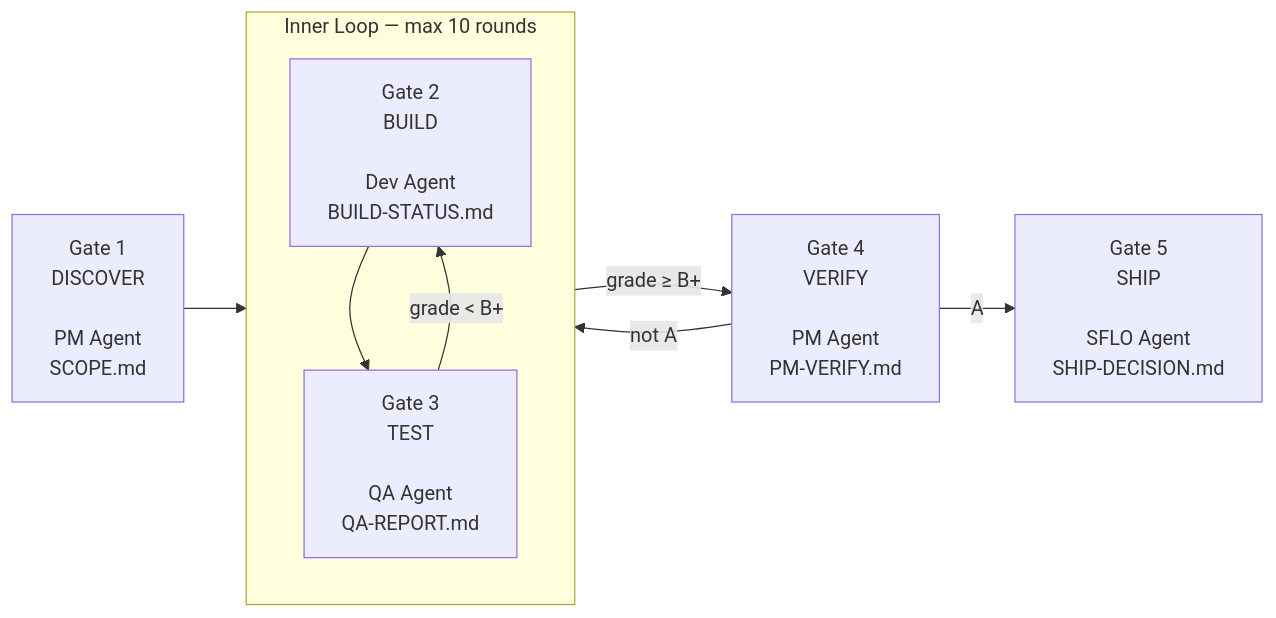
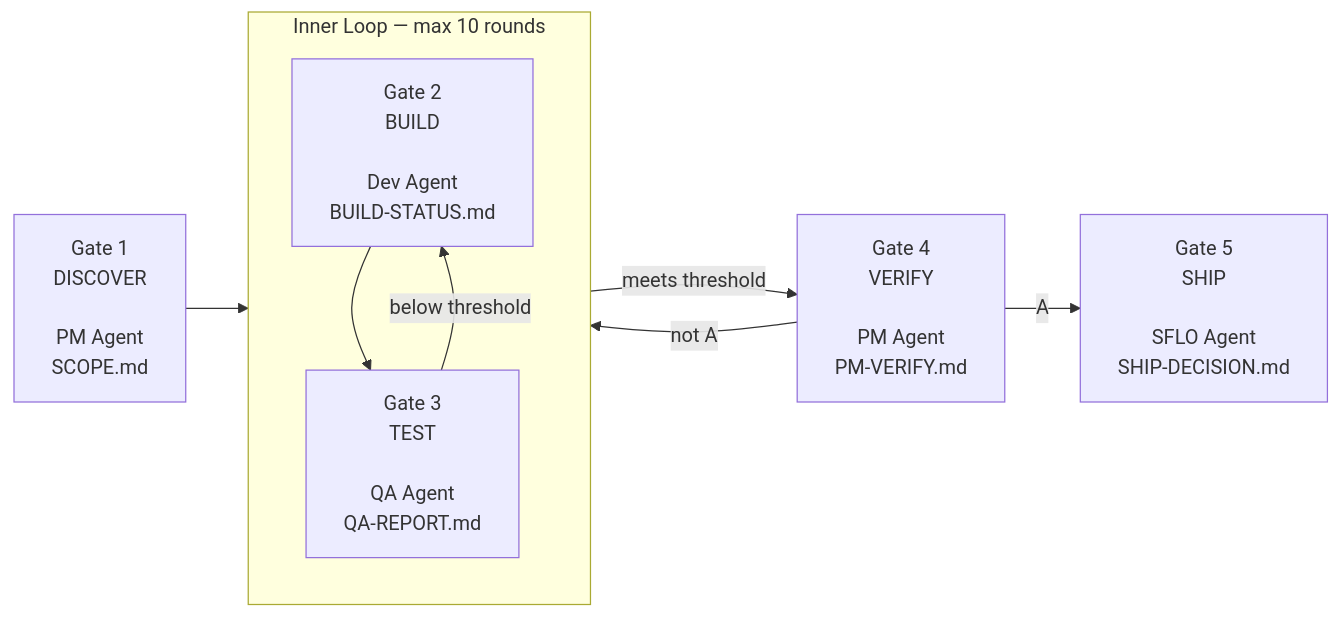
One commit to simonasrazm/simon-factory-lights-out changed the first of 2 diagrams in README.md. Above: the diagram before and after it, drawn with Mermaid. The commit also changed other lines of this file and 11 other files, not shown here.

Commit message:
Stricter gate validation, remove appetite, de-hardcode threshold references

````diff
--- a/README.md
+++ b/README.md
@@ -5,13 +5,13 @@
 ```mermaid
 flowchart LR
     G1["Gate 1<br/>DISCOVER<br/><br/>PM Agent<br/>SCOPE.md"] --> DEV_QA
 
     subgraph DEV_QA ["Inner Loop — max 10 rounds"]
         G2["Gate 2<br/>BUILD<br/><br/>Dev Agent<br/>BUILD-STATUS.md"] --> G3["Gate 3<br/>TEST<br/><br/>QA Agent<br/>QA-REPORT.md"]
-        G3 -- "grade < B+" --> G2
+        G3 -- "below threshold" --> G2
     end
 
-    DEV_QA -- "grade ≥ B+" --> G4["Gate 4<br/>VERIFY<br/><br/>PM Agent<br/>PM-VERIFY.md"]
+    DEV_QA -- "meets threshold" --> G4["Gate 4<br/>VERIFY<br/><br/>PM Agent<br/>PM-VERIFY.md"]
     G4 -- "not A" --> DEV_QA
     G4 -- "A" --> G5["Gate 5<br/>SHIP<br/><br/>SFLO Agent<br/>SHIP-DECISION.md"]
 ```
````
